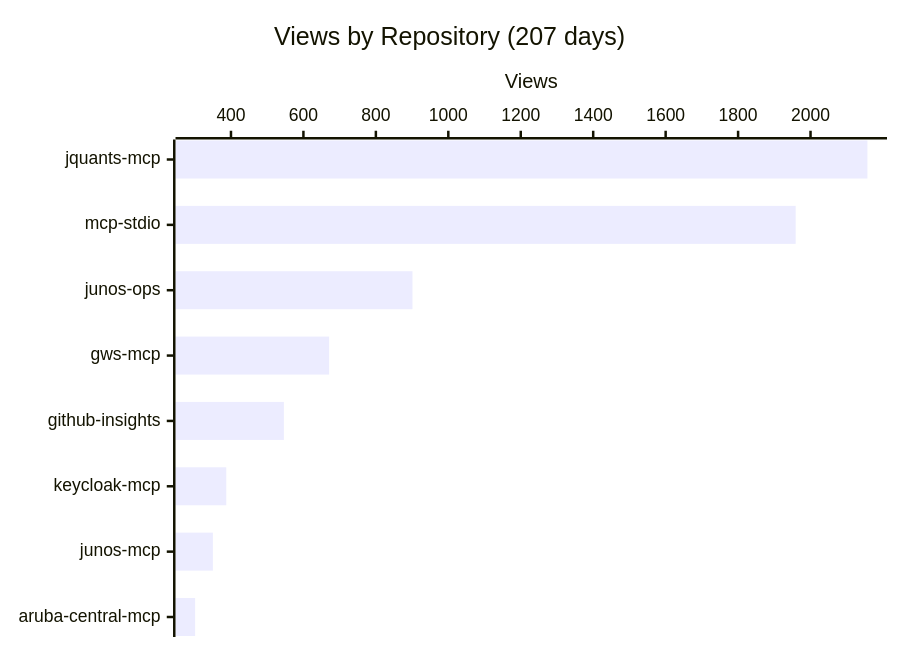
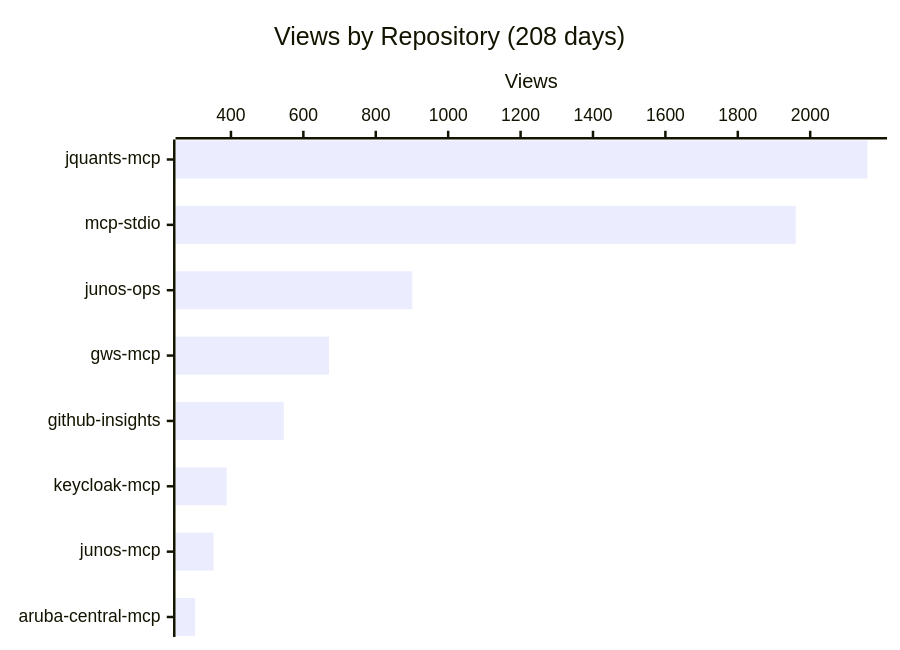
Before and after one commit to shigechika/github-insights: the first of 4 diagrams in README.md, drawn with Mermaid. The commit also changed other lines of this file and 2 other files, not shown here.

````diff
--- a/README.md
+++ b/README.md
@@ -18,7 +18,7 @@
 ```mermaid
 xychart-beta horizontal
-    title "Views by Repository (207 days)"
+    title "Views by Repository (208 days)"
     x-axis ["jquants-mcp", "mcp-stdio", "junos-ops", "gws-mcp", "github-insights", "keycloak-mcp", "junos-mcp", "aruba-central-mcp"]
     y-axis "Views"
-    bar [2157, 1959, 901, 671, 546, 387, 350, 301]
+    bar [2158, 1960, 901, 671, 546, 388, 352, 301]
 ```
````
